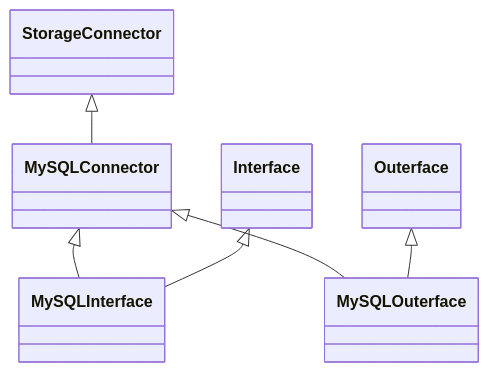
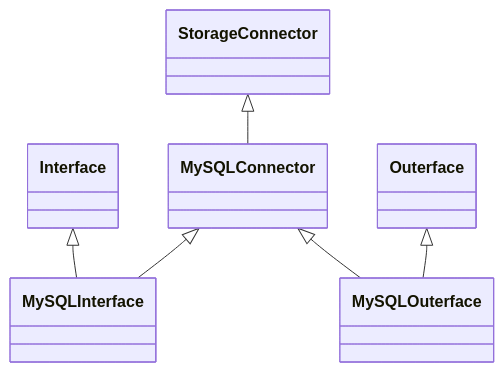
One commit to opengamedata/ogd-doc changed the diagram in src/04_core-architecture/common/connectors_and_interfaces.md. Above: the diagram before and after it, drawn with Mermaid. The commit also changed other lines of this file, not shown here.

Commit message:
See if adjusting order leads to nicer graph layout.

````diff
--- a/src/04_core-architecture/common/connectors_and_interfaces.md
+++ b/src/04_core-architecture/common/connectors_and_interfaces.md
@@ -7,8 +7,8 @@
 ```{mermaid}
 classDiagram
 StorageConnector <|-- MySQLConnector
+Interface <|-- MySQLInterface
 MySQLConnector <|-- MySQLInterface
-Interface <|-- MySQLInterface
 MySQLConnector <|-- MySQLOuterface
 Outerface <|-- MySQLOuterface
 ```
````
